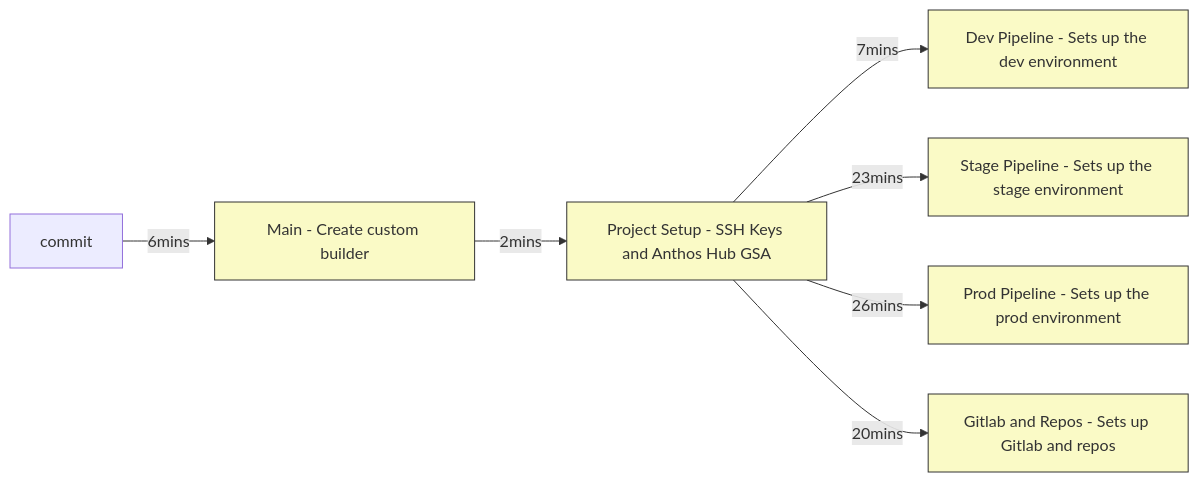
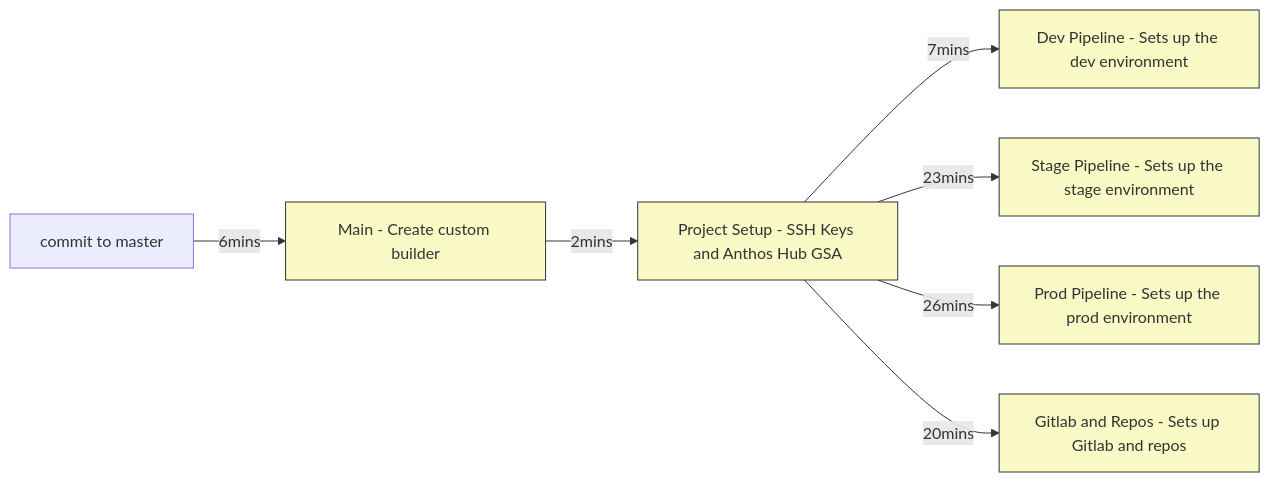
One commit to swalker-sada/anthos-practice changed the second of 3 diagrams in README.md. Above: the diagram before and after it, drawn with Mermaid. The commit also changed other lines of this file, not shown here.

````diff
--- a/README.md
+++ b/README.md
@@ -146,13 +146,13 @@
 ```mermaid
 %%{init: { 'theme': 'default' } }%%
 graph LR
 classDef pipeline fill:#FAFAC6,stroke:#333;
 
-commit -->|6mins|Main[Main - Create custom builder] -->|2mins| Project_Setup[Project Setup - SSH Keys and Anthos Hub GSA]
+commit[commit to master] -->|6mins|Main[Main - Create custom builder] -->|2mins| Project_Setup[Project Setup - SSH Keys and Anthos Hub GSA]
 Project_Setup -->|7mins| Dev[Dev Pipeline - Sets up the dev environment]
 Project_Setup --> |23mins|Stage[Stage Pipeline - Sets up the stage environment]
 Project_Setup -->|26mins| Prod[Prod Pipeline - Sets up the prod environment]
 Project_Setup -->|20mins| Gitlab[Gitlab and Repos - Sets up Gitlab and repos]
 
 class Main,Project_Setup,Dev,Stage,Prod,Gitlab pipeline;
 ```
````
